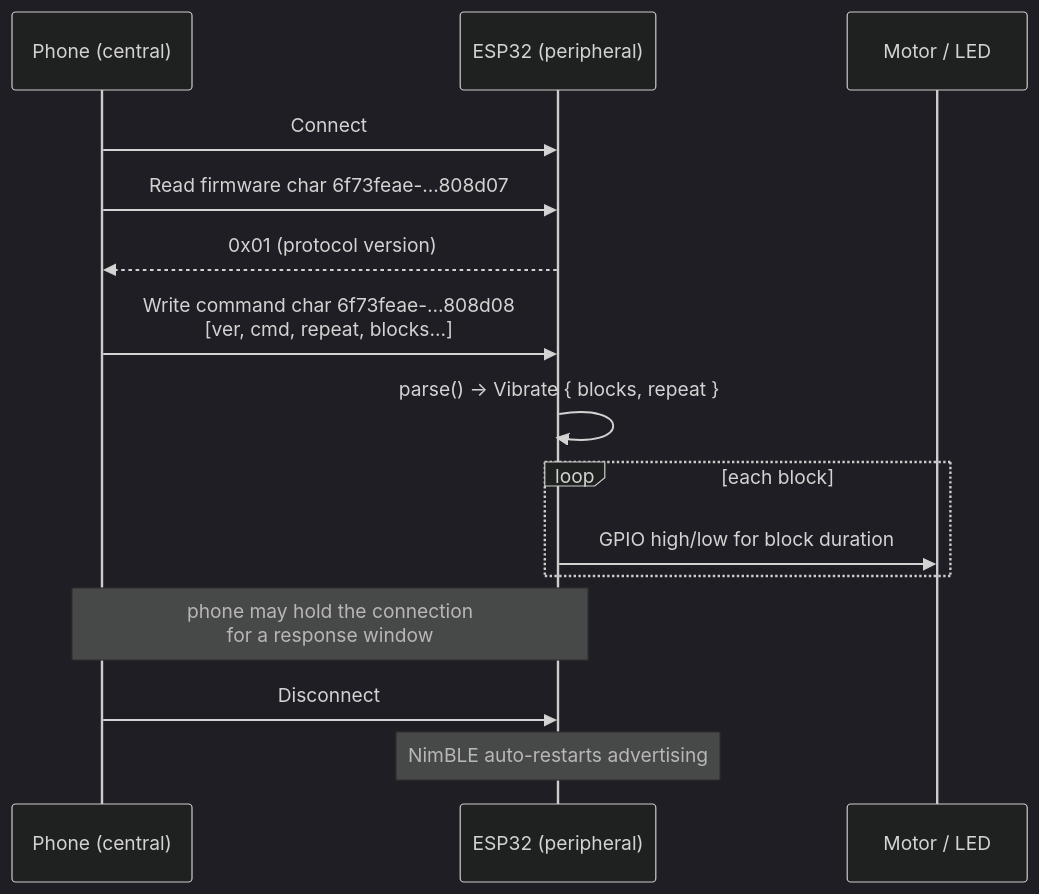
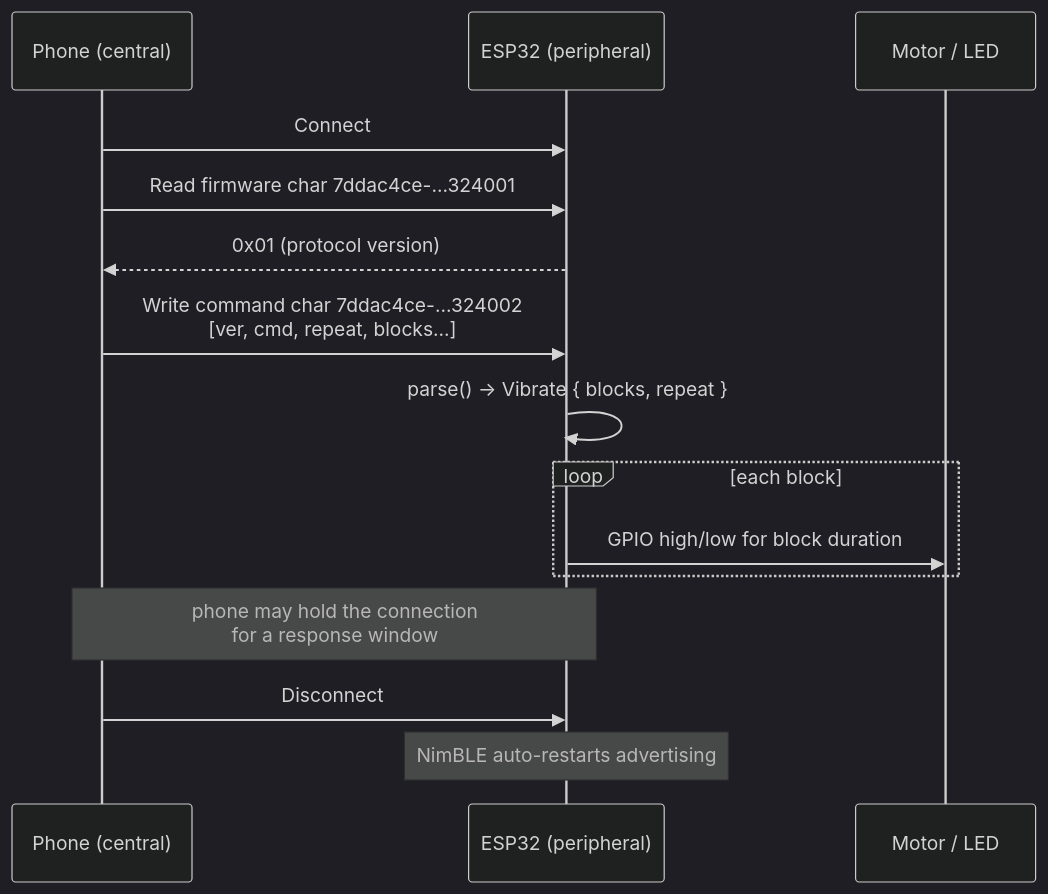
Before and after one commit to Rhosys/Kinetic-Jewelry: the third of 3 diagrams in firmware/hardware/wiring.md, drawn with Mermaid (dark theme). The commit also changed 5 other files, not shown here.

````diff
--- a/firmware/hardware/wiring.md
+++ b/firmware/hardware/wiring.md
@@ -79,17 +79,17 @@
 ```mermaid
 sequenceDiagram
     participant P as Phone (central)
     participant E as ESP32 (peripheral)
     participant M as Motor / LED
     P->>E: Connect
-    P->>E: Read firmware char 6f73feae-...808d07
+    P->>E: Read firmware char 7ddac4ce-...324001
     E-->>P: 0x01 (protocol version)
-    P->>E: Write command char 6f73feae-...808d08<br/>[ver, cmd, repeat, blocks...]
+    P->>E: Write command char 7ddac4ce-...324002<br/>[ver, cmd, repeat, blocks...]
     E->>E: parse() -> Vibrate { blocks, repeat }
     loop each block
         E->>M: GPIO high/low for block duration
     end
     Note over P,E: phone may hold the connection<br/>for a response window
     P->>E: Disconnect
     Note over E: NimBLE auto-restarts advertising
 ```
````
